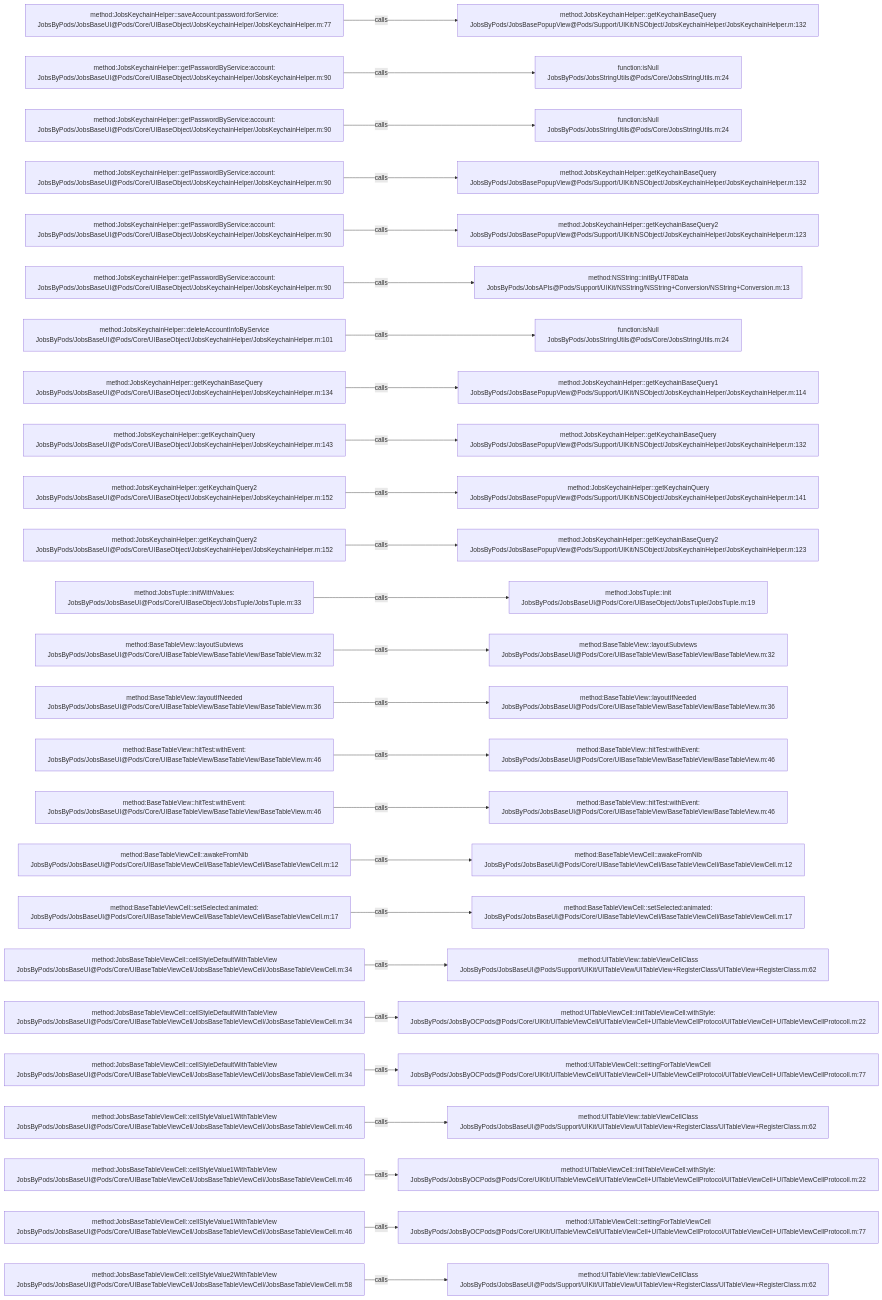
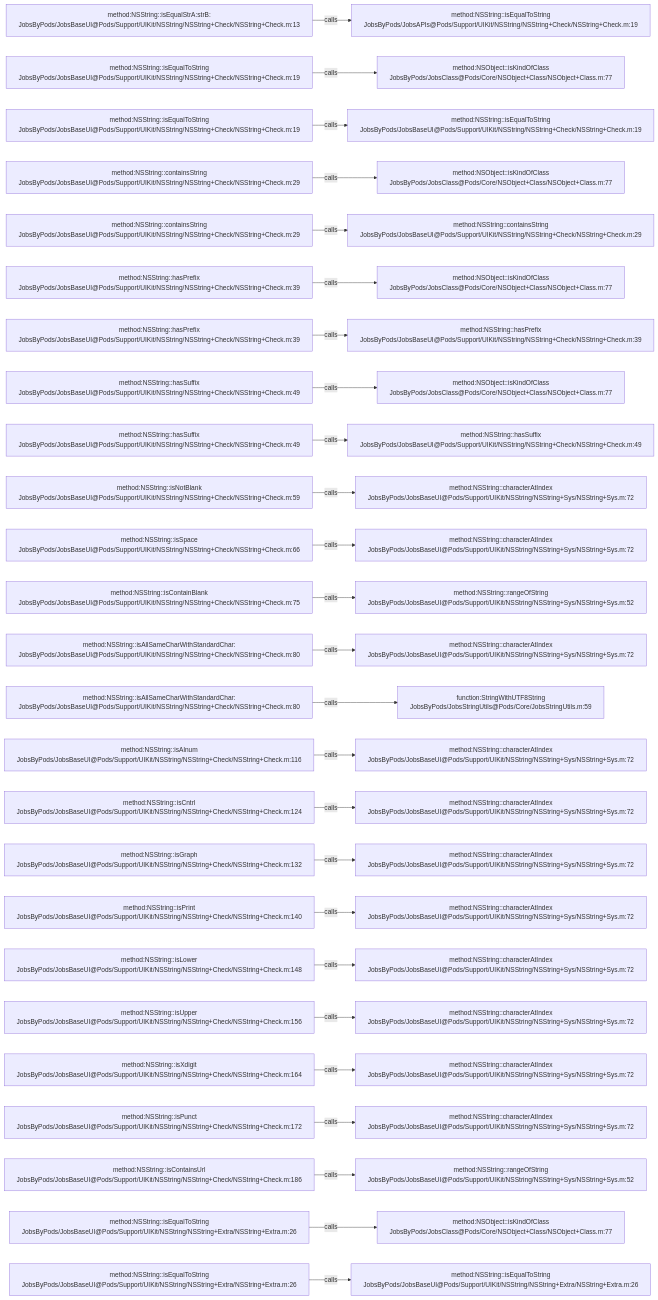
Before and after one commit to JobsKits/JobsOCBaseConfigDemo: the diagram in .codegraph/codegraph.md/graphs/calls-039.md, drawn with Mermaid. The commit also changed 1026 other files, not shown here.

````diff
--- a/.codegraph/codegraph.md/graphs/calls-039.md
+++ b/.codegraph/codegraph.md/graphs/calls-039.md
@@ -13,78 +13,78 @@
 ```mermaid
 flowchart LR
-  S1["method:JobsKeychainHelper::saveAccount:password:forService:<br/>JobsByPods/JobsBaseUI@Pods/Core/UIBaseObject/JobsKeychainHelper/JobsKeychainHelper.m:77"]
-  T1["method:JobsKeychainHelper::getKeychainBaseQuery<br/>JobsByPods/JobsBasePopupView@Pods/Support/UIKit/NSObject/JobsKeychainHelper/JobsKeychainHelper.m:132"]
+  S1["method:NSString::isEqualStrA:strB:<br/>JobsByPods/JobsBaseUI@Pods/Support/UIKit/NSString/NSString+Check/NSString+Check.m:13"]
+  T1["method:NSString::isEqualToString<br/>JobsByPods/JobsAPIs@Pods/Support/UIKit/NSString/NSString+Check/NSString+Check.m:19"]
   S1 -->|calls| T1
-  S2["method:JobsKeychainHelper::getPasswordByService:account:<br/>JobsByPods/JobsBaseUI@Pods/Core/UIBaseObject/JobsKeychainHelper/JobsKeychainHelper.m:90"]
-  T2["function:isNull<br/>JobsByPods/JobsStringUtils@Pods/Core/JobsStringUtils.m:24"]
+  S2["method:NSString::isEqualToString<br/>JobsByPods/JobsBaseUI@Pods/Support/UIKit/NSString/NSString+Check/NSString+Check.m:19"]
+  T2["method:NSObject::isKindOfClass<br/>JobsByPods/JobsClass@Pods/Core/NSObject+Class/NSObject+Class.m:77"]
   S2 -->|calls| T2
-  S3["method:JobsKeychainHelper::getPasswordByService:account:<br/>JobsByPods/JobsBaseUI@Pods/Core/UIBaseObject/JobsKeychainHelper/JobsKeychainHelper.m:90"]
-  T3["function:isNull<br/>JobsByPods/JobsStringUtils@Pods/Core/JobsStringUtils.m:24"]
+  S3["method:NSString::isEqualToString<br/>JobsByPods/JobsBaseUI@Pods/Support/UIKit/NSString/NSString+Check/NSString+Check.m:19"]
+  T3["method:NSString::isEqualToString<br/>JobsByPods/JobsBaseUI@Pods/Support/UIKit/NSString/NSString+Check/NSString+Check.m:19"]
   S3 -->|calls| T3
-  S4["method:JobsKeychainHelper::getPasswordByService:account:<br/>JobsByPods/JobsBaseUI@Pods/Core/UIBaseObject/JobsKeychainHelper/JobsKeychainHelper.m:90"]
-  T4["method:JobsKeychainHelper::getKeychainBaseQuery<br/>JobsByPods/JobsBasePopupView@Pods/Support/UIKit/NSObject/JobsKeychainHelper/JobsKeychainHelper.m:132"]
+  S4["method:NSString::containsString<br/>JobsByPods/JobsBaseUI@Pods/Support/UIKit/NSString/NSString+Check/NSString+Check.m:29"]
+  T4["method:NSObject::isKindOfClass<br/>JobsByPods/JobsClass@Pods/Core/NSObject+Class/NSObject+Class.m:77"]
   S4 -->|calls| T4
-  S5["method:JobsKeychainHelper::getPasswordByService:account:<br/>JobsByPods/JobsBaseUI@Pods/Core/UIBaseObject/JobsKeychainHelper/JobsKeychainHelper.m:90"]
-  T5["method:JobsKeychainHelper::getKeychainBaseQuery2<br/>JobsByPods/JobsBasePopupView@Pods/Support/UIKit/NSObject/JobsKeychainHelper/JobsKeychainHelper.m:123"]
+  S5["method:NSString::containsString<br/>JobsByPods/JobsBaseUI@Pods/Support/UIKit/NSString/NSString+Check/NSString+Check.m:29"]
+  T5["method:NSString::containsString<br/>JobsByPods/JobsBaseUI@Pods/Support/UIKit/NSString/NSString+Check/NSString+Check.m:29"]
   S5 -->|calls| T5
-  S6["method:JobsKeychainHelper::getPasswordByService:account:<br/>JobsByPods/JobsBaseUI@Pods/Core/UIBaseObject/JobsKeychainHelper/JobsKeychainHelper.m:90"]
-  T6["method:NSString::initByUTF8Data<br/>JobsByPods/JobsAPIs@Pods/Support/UIKit/NSString/NSString+Conversion/NSString+Conversion.m:13"]
+  S6["method:NSString::hasPrefix<br/>JobsByPods/JobsBaseUI@Pods/Support/UIKit/NSString/NSString+Check/NSString+Check.m:39"]
+  T6["method:NSObject::isKindOfClass<br/>JobsByPods/JobsClass@Pods/Core/NSObject+Class/NSObject+Class.m:77"]
   S6 -->|calls| T6
-  S7["method:JobsKeychainHelper::deleteAccountInfoByService<br/>JobsByPods/JobsBaseUI@Pods/Core/UIBaseObject/JobsKeychainHelper/JobsKeychainHelper.m:101"]
-  T7["function:isNull<br/>JobsByPods/JobsStringUtils@Pods/Core/JobsStringUtils.m:24"]
+  S7["method:NSString::hasPrefix<br/>JobsByPods/JobsBaseUI@Pods/Support/UIKit/NSString/NSString+Check/NSString+Check.m:39"]
+  T7["method:NSString::hasPrefix<br/>JobsByPods/JobsBaseUI@Pods/Support/UIKit/NSString/NSString+Check/NSString+Check.m:39"]
   S7 -->|calls| T7
-  S8["method:JobsKeychainHelper::getKeychainBaseQuery<br/>JobsByPods/JobsBaseUI@Pods/Core/UIBaseObject/JobsKeychainHelper/JobsKeychainHelper.m:134"]
-  T8["method:JobsKeychainHelper::getKeychainBaseQuery1<br/>JobsByPods/JobsBasePopupView@Pods/Support/UIKit/NSObject/JobsKeychainHelper/JobsKeychainHelper.m:114"]
+  S8["method:NSString::hasSuffix<br/>JobsByPods/JobsBaseUI@Pods/Support/UIKit/NSString/NSString+Check/NSString+Check.m:49"]
+  T8["method:NSObject::isKindOfClass<br/>JobsByPods/JobsClass@Pods/Core/NSObject+Class/NSObject+Class.m:77"]
   S8 -->|calls| T8
-  S9["method:JobsKeychainHelper::getKeychainQuery<br/>JobsByPods/JobsBaseUI@Pods/Core/UIBaseObject/JobsKeychainHelper/JobsKeychainHelper.m:143"]
-  T9["method:JobsKeychainHelper::getKeychainBaseQuery<br/>JobsByPods/JobsBasePopupView@Pods/Support/UIKit/NSObject/JobsKeychainHelper/JobsKeychainHelper.m:132"]
+  S9["method:NSString::hasSuffix<br/>JobsByPods/JobsBaseUI@Pods/Support/UIKit/NSString/NSString+Check/NSString+Check.m:49"]
+  T9["method:NSString::hasSuffix<br/>JobsByPods/JobsBaseUI@Pods/Support/UIKit/NSString/NSString+Check/NSString+Check.m:49"]
   S9 -->|calls| T9
-  S10["method:JobsKeychainHelper::getKeychainQuery2<br/>JobsByPods/JobsBaseUI@Pods/Core/UIBaseObject/JobsKeychainHelper/JobsKeychainHelper.m:152"]
-  T10["method:JobsKeychainHelper::getKeychainQuery<br/>JobsByPods/JobsBasePopupView@Pods/Support/UIKit/NSObject/JobsKeychainHelper/JobsKeychainHelper.m:141"]
+  S10["method:NSString::isNotBlank<br/>JobsByPods/JobsBaseUI@Pods/Support/UIKit/NSString/NSString+Check/NSString+Check.m:59"]
+  T10["method:NSString::characterAtIndex<br/>JobsByPods/JobsBaseUI@Pods/Support/UIKit/NSString/NSString+Sys/NSString+Sys.m:72"]
   S10 -->|calls| T10
-  S11["method:JobsKeychainHelper::getKeychainQuery2<br/>JobsByPods/JobsBaseUI@Pods/Core/UIBaseObject/JobsKeychainHelper/JobsKeychainHelper.m:152"]
-  T11["method:JobsKeychainHelper::getKeychainBaseQuery2<br/>JobsByPods/JobsBasePopupView@Pods/Support/UIKit/NSObject/JobsKeychainHelper/JobsKeychainHelper.m:123"]
+  S11["method:NSString::isSpace<br/>JobsByPods/JobsBaseUI@Pods/Support/UIKit/NSString/NSString+Check/NSString+Check.m:66"]
+  T11["method:NSString::characterAtIndex<br/>JobsByPods/JobsBaseUI@Pods/Support/UIKit/NSString/NSString+Sys/NSString+Sys.m:72"]
   S11 -->|calls| T11
-  S12["method:JobsTuple::initWithValues:<br/>JobsByPods/JobsBaseUI@Pods/Core/UIBaseObject/JobsTuple/JobsTuple.m:33"]
-  T12["method:JobsTuple::init<br/>JobsByPods/JobsBaseUI@Pods/Core/UIBaseObject/JobsTuple/JobsTuple.m:19"]
+  S12["method:NSString::isContainBlank<br/>JobsByPods/JobsBaseUI@Pods/Support/UIKit/NSString/NSString+Check/NSString+Check.m:75"]
+  T12["method:NSString::rangeOfString<br/>JobsByPods/JobsBaseUI@Pods/Support/UIKit/NSString/NSString+Sys/NSString+Sys.m:52"]
   S12 -->|calls| T12
-  S13["method:BaseTableView::layoutSubviews<br/>JobsByPods/JobsBaseUI@Pods/Core/UIBaseTableView/BaseTableView/BaseTableView.m:32"]
-  T13["method:BaseTableView::layoutSubviews<br/>JobsByPods/JobsBaseUI@Pods/Core/UIBaseTableView/BaseTableView/BaseTableView.m:32"]
+  S13["method:NSString::isAllSameCharWithStandardChar:<br/>JobsByPods/JobsBaseUI@Pods/Support/UIKit/NSString/NSString+Check/NSString+Check.m:80"]
+  T13["method:NSString::characterAtIndex<br/>JobsByPods/JobsBaseUI@Pods/Support/UIKit/NSString/NSString+Sys/NSString+Sys.m:72"]
   S13 -->|calls| T13
-  S14["method:BaseTableView::layoutIfNeeded<br/>JobsByPods/JobsBaseUI@Pods/Core/UIBaseTableView/BaseTableView/BaseTableView.m:36"]
-  T14["method:BaseTableView::layoutIfNeeded<br/>JobsByPods/JobsBaseUI@Pods/Core/UIBaseTableView/BaseTableView/BaseTableView.m:36"]
+  S14["method:NSString::isAllSameCharWithStandardChar:<br/>JobsByPods/JobsBaseUI@Pods/Support/UIKit/NSString/NSString+Check/NSString+Check.m:80"]
+  T14["function:StringWithUTF8String<br/>JobsByPods/JobsStringUtils@Pods/Core/JobsStringUtils.m:59"]
   S14 -->|calls| T14
-  S15["method:BaseTableView::hitTest:withEvent:<br/>JobsByPods/JobsBaseUI@Pods/Core/UIBaseTableView/BaseTableView/BaseTableView.m:46"]
-  T15["method:BaseTableView::hitTest:withEvent:<br/>JobsByPods/JobsBaseUI@Pods/Core/UIBaseTableView/BaseTableView/BaseTableView.m:46"]
+  S15["method:NSString::isAlnum<br/>JobsByPods/JobsBaseUI@Pods/Support/UIKit/NSString/NSString+Check/NSString+Check.m:116"]
+  T15["method:NSString::characterAtIndex<br/>JobsByPods/JobsBaseUI@Pods/Support/UIKit/NSString/NSString+Sys/NSString+Sys.m:72"]
   S15 -->|calls| T15
-  S16["method:BaseTableView::hitTest:withEvent:<br/>JobsByPods/JobsBaseUI@Pods/Core/UIBaseTableView/BaseTableView/BaseTableView.m:46"]
-  T16["method:BaseTableView::hitTest:withEvent:<br/>JobsByPods/JobsBaseUI@Pods/Core/UIBaseTableView/BaseTableView/BaseTableView.m:46"]
+  S16["method:NSString::isCntrl<br/>JobsByPods/JobsBaseUI@Pods/Support/UIKit/NSString/NSString+Check/NSString+Check.m:124"]
+  T16["method:NSString::characterAtIndex<br/>JobsByPods/JobsBaseUI@Pods/Support/UIKit/NSString/NSString+Sys/NSString+Sys.m:72"]
   S16 -->|calls| T16
-  S17["method:BaseTableViewCell::awakeFromNib<br/>JobsByPods/JobsBaseUI@Pods/Core/UIBaseTableViewCell/BaseTableViewCell/BaseTableViewCell.m:12"]
-  T17["method:BaseTableViewCell::awakeFromNib<br/>JobsByPods/JobsBaseUI@Pods/Core/UIBaseTableViewCell/BaseTableViewCell/BaseTableViewCell.m:12"]
+  S17["method:NSString::isGraph<br/>JobsByPods/JobsBaseUI@Pods/Support/UIKit/NSString/NSString+Check/NSString+Check.m:132"]
+  T17["method:NSString::characterAtIndex<br/>JobsByPods/JobsBaseUI@Pods/Support/UIKit/NSString/NSString+Sys/NSString+Sys.m:72"]
   S17 -->|calls| T17
-  S18["method:BaseTableViewCell::setSelected:animated:<br/>JobsByPods/JobsBaseUI@Pods/Core/UIBaseTableViewCell/BaseTableViewCell/BaseTableViewCell.m:17"]
-  T18["method:BaseTableViewCell::setSelected:animated:<br/>JobsByPods/JobsBaseUI@Pods/Core/UIBaseTableViewCell/BaseTableViewCell/BaseTableViewCell.m:17"]
+  S18["method:NSString::isPrint<br/>JobsByPods/JobsBaseUI@Pods/Support/UIKit/NSString/NSString+Check/NSString+Check.m:140"]
+  T18["method:NSString::characterAtIndex<br/>JobsByPods/JobsBaseUI@Pods/Support/UIKit/NSString/NSString+Sys/NSString+Sys.m:72"]
   S18 -->|calls| T18
-  S19["method:JobsBaseTableViewCell::cellStyleDefaultWithTableView<br/>JobsByPods/JobsBaseUI@Pods/Core/UIBaseTableViewCell/JobsBaseTableViewCell/JobsBaseTableViewCell.m:34"]
-  T19["method:UITableView::tableViewCellClass<br/>JobsByPods/JobsBaseUI@Pods/Support/UIKit/UITableView/UITableView+RegisterClass/UITableView+RegisterClass.m:62"]
+  S19["method:NSString::isLower<br/>JobsByPods/JobsBaseUI@Pods/Support/UIKit/NSString/NSString+Check/NSString+Check.m:148"]
+  T19["method:NSString::characterAtIndex<br/>JobsByPods/JobsBaseUI@Pods/Support/UIKit/NSString/NSString+Sys/NSString+Sys.m:72"]
   S19 -->|calls| T19
-  S20["method:JobsBaseTableViewCell::cellStyleDefaultWithTableView<br/>JobsByPods/JobsBaseUI@Pods/Core/UIBaseTableViewCell/JobsBaseTableViewCell/JobsBaseTableViewCell.m:34"]
-  T20["method:UITableViewCell::initTableViewCell:withStyle:<br/>JobsByPods/JobsByOCPods@Pods/Core/UIKit/UITableViewCell/UITableViewCell+UITableViewCellProtocol/UITableViewCell+UITableViewCellProtocoll.m:22"]
+  S20["method:NSString::isUpper<br/>JobsByPods/JobsBaseUI@Pods/Support/UIKit/NSString/NSString+Check/NSString+Check.m:156"]
+  T20["method:NSString::characterAtIndex<br/>JobsByPods/JobsBaseUI@Pods/Support/UIKit/NSString/NSString+Sys/NSString+Sys.m:72"]
   S20 -->|calls| T20
-  S21["method:JobsBaseTableViewCell::cellStyleDefaultWithTableView<br/>JobsByPods/JobsBaseUI@Pods/Core/UIBaseTableViewCell/JobsBaseTableViewCell/JobsBaseTableViewCell.m:34"]
-  T21["method:UITableViewCell::settingForTableViewCell<br/>JobsByPods/JobsByOCPods@Pods/Core/UIKit/UITableViewCell/UITableViewCell+UITableViewCellProtocol/UITableViewCell+UITableViewCellProtocoll.m:77"]
+  S21["method:NSString::isXdigit<br/>JobsByPods/JobsBaseUI@Pods/Support/UIKit/NSString/NSString+Check/NSString+Check.m:164"]
+  T21["method:NSString::characterAtIndex<br/>JobsByPods/JobsBaseUI@Pods/Support/UIKit/NSString/NSString+Sys/NSString+Sys.m:72"]
   S21 -->|calls| T21
-  S22["method:JobsBaseTableViewCell::cellStyleValue1WithTableView<br/>JobsByPods/JobsBaseUI@Pods/Core/UIBaseTableViewCell/JobsBaseTableViewCell/JobsBaseTableViewCell.m:46"]
-  T22["method:UITableView::tableViewCellClass<br/>JobsByPods/JobsBaseUI@Pods/Support/UIKit/UITableView/UITableView+RegisterClass/UITableView+RegisterClass.m:62"]
+  S22["method:NSString::isPunct<br/>JobsByPods/JobsBaseUI@Pods/Support/UIKit/NSString/NSString+Check/NSString+Check.m:172"]
+  T22["method:NSString::characterAtIndex<br/>JobsByPods/JobsBaseUI@Pods/Support/UIKit/NSString/NSString+Sys/NSString+Sys.m:72"]
   S22 -->|calls| T22
-  S23["method:JobsBaseTableViewCell::cellStyleValue1WithTableView<br/>JobsByPods/JobsBaseUI@Pods/Core/UIBaseTableViewCell/JobsBaseTableViewCell/JobsBaseTableViewCell.m:46"]
-  T23["method:UITableViewCell::initTableViewCell:withStyle:<br/>JobsByPods/JobsByOCPods@Pods/Core/UIKit/UITableViewCell/UITableViewCell+UITableViewCellProtocol/UITableViewCell+UITableViewCellProtocoll.m:22"]
+  S23["method:NSString::isContainsUrl<br/>JobsByPods/JobsBaseUI@Pods/Support/UIKit/NSString/NSString+Check/NSString+Check.m:186"]
+  T23["method:NSString::rangeOfString<br/>JobsByPods/JobsBaseUI@Pods/Support/UIKit/NSString/NSString+Sys/NSString+Sys.m:52"]
   S23 -->|calls| T23
-  S24["method:JobsBaseTableViewCell::cellStyleValue1WithTableView<br/>JobsByPods/JobsBaseUI@Pods/Core/UIBaseTableViewCell/JobsBaseTableViewCell/JobsBaseTableViewCell.m:46"]
-  T24["method:UITableViewCell::settingForTableViewCell<br/>JobsByPods/JobsByOCPods@Pods/Core/UIKit/UITableViewCell/UITableViewCell+UITableViewCellProtocol/UITableViewCell+UITableViewCellProtocoll.m:77"]
+  S24["method:NSString::isEqualToString<br/>JobsByPods/JobsBaseUI@Pods/Support/UIKit/NSString/NSString+Extra/NSString+Extra.m:26"]
+  T24["method:NSObject::isKindOfClass<br/>JobsByPods/JobsClass@Pods/Core/NSObject+Class/NSObject+Class.m:77"]
   S24 -->|calls| T24
-  S25["method:JobsBaseTableViewCell::cellStyleValue2WithTableView<br/>JobsByPods/JobsBaseUI@Pods/Core/UIBaseTableViewCell/JobsBaseTableViewCell/JobsBaseTableViewCell.m:58"]
-  T25["method:UITableView::tableViewCellClass<br/>JobsByPods/JobsBaseUI@Pods/Support/UIKit/UITableView/UITableView+RegisterClass/UITableView+RegisterClass.m:62"]
+  S25["method:NSString::isEqualToString<br/>JobsByPods/JobsBaseUI@Pods/Support/UIKit/NSString/NSString+Extra/NSString+Extra.m:26"]
+  T25["method:NSString::isEqualToString<br/>JobsByPods/JobsBaseUI@Pods/Support/UIKit/NSString/NSString+Extra/NSString+Extra.m:26"]
   S25 -->|calls| T25
 ```
````
